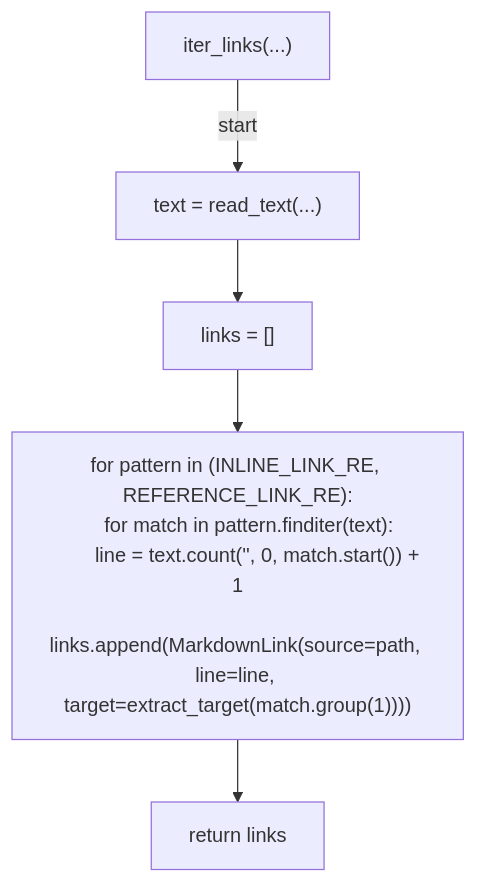
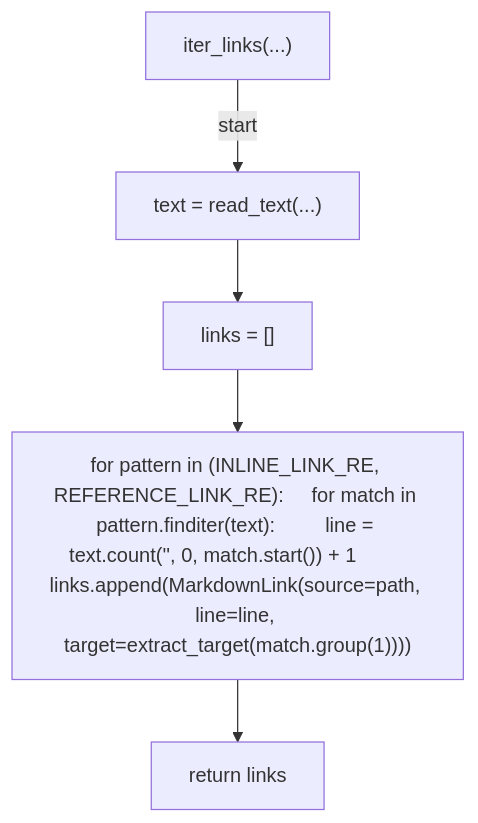
Before and after one commit to tvna/claude-md: the fourth of 14 diagrams in docs/generated/scripts/ast/scan_markdown_links.md, drawn with Mermaid. The commit also changed other lines of this file and 29 other files, not shown here.

First line of the commit message:
docs(generated): regenerate decision tree and workflow diagrams (batch 3/5)

````diff
--- a/docs/generated/scripts/ast/scan_markdown_links.md
+++ b/docs/generated/scripts/ast/scan_markdown_links.md
@@ -55,15 +54,12 @@
 ```mermaid
 flowchart TD
     N001["iter_links(...)"]
     N002["text = read_text(...)"]
     N003["links = []"]
-    N004["for pattern in (INLINE_LINK_RE, REFERENCE_LINK_RE):
-    for match in pattern.finditer(text):
-        line = text.count('<str>', 0, match.start()) + 1
-        links.append(MarkdownLink(source=path, line=line, target=extract_target(match.group(1))))"]
+    N004["for pattern in (INLINE_LINK_RE, REFERENCE_LINK_RE):     for match in pattern.finditer(text):         line = text.count('<str>', 0, match.start()) + 1         links.append(MarkdownLink(source=path, line=line, target=extract_target(match.group(1))))"]
     N005["return links"]
     N001 -->|"start"| N002
     N002 --> N003
     N003 --> N004
     N004 --> N005
 ```
````
